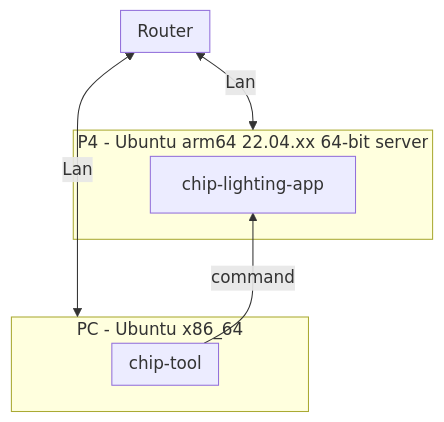
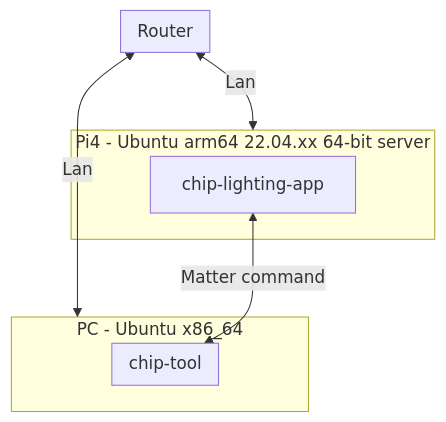
One commit to lankahsu520/HelperX changed the seventh of 8 diagrams in helper_Matter.md. Above: the diagram before and after it, drawn with Mermaid. The commit also changed other lines of this file and 1 other file, not shown here.

Commit message:
update helper_Matter.md, 6. Run ! Run ! Run !

````diff
--- a/helper_Matter.md
+++ b/helper_Matter.md
@@ -1092,17 +1094,17 @@
 ```mermaid
 flowchart BT
 	subgraph Router[Router]
 	end
 	subgraph ubuntu[PC - Ubuntu x86_64]
 		subgraph chip-tool[chip-tool]
 		end
 	end
-	subgraph Pi4[P4 - Ubuntu arm64 22.04.xx 64-bit server]
+	subgraph Pi4[Pi4 - Ubuntu arm64 22.04.xx 64-bit server]
 		chip-lighting-app[chip-lighting-app]
 	end
 	
 	ubuntu <--> |Lan|Router
 	Pi4 <--> |Lan|Router
 	
-	chip-tool --> |command| chip-lighting-app
+	chip-tool <--> |Matter command| chip-lighting-app
 ```
````
